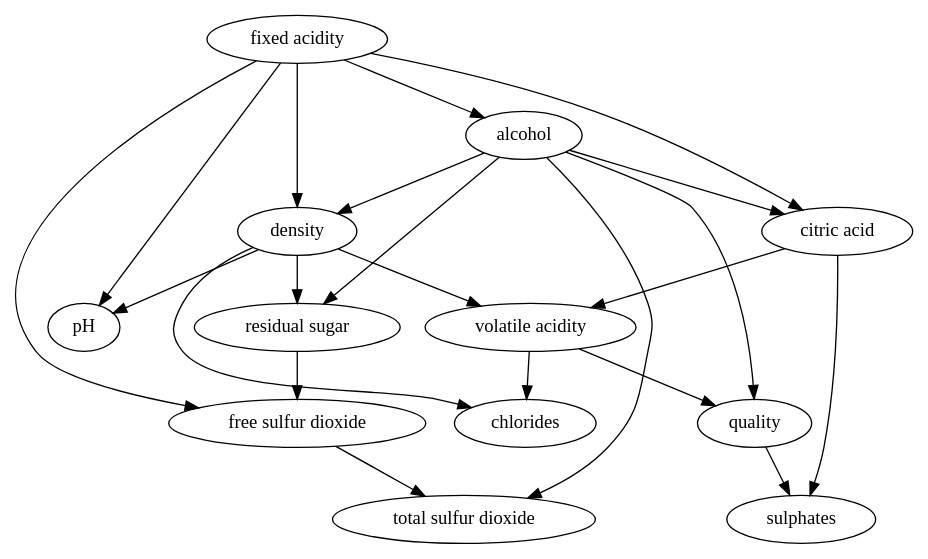
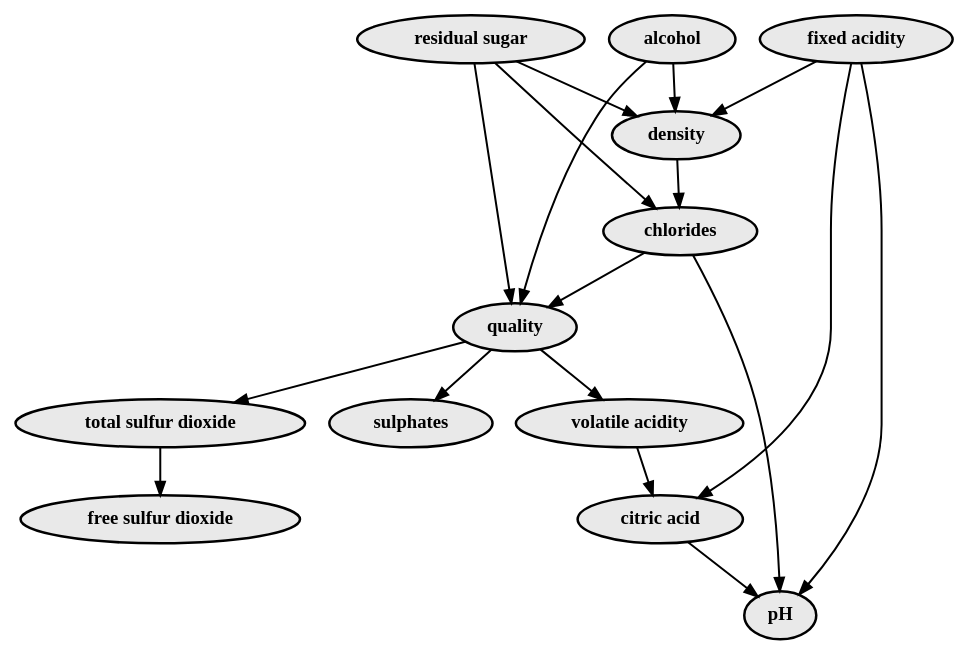
One commit to MLasserre/otagrum-experiments changed the diagram in uci_ml_repository/wine/results/structures/cmiic_dag_3.dot. Above: the diagram before and after it, drawn with Graphviz. The commit also changed 10 other files, not shown here.

```diff
--- a/uci_ml_repository/wine/results/structures/cmiic_dag_3.dot
+++ b/uci_ml_repository/wine/results/structures/cmiic_dag_3.dot
@@ -1,23 +1,21 @@
 digraph {
+    node [style=filled, fillcolor="#E9E9E9", penwidth=1.875, fontsize=14, fontname="times-bold"]
+    edge [penwidth=1.5]
+    "alcohol"->"quality"
+    "alcohol"->"density"
+    "residual sugar"->"quality"
+    "residual sugar"->"density"
+    "residual sugar"->"chlorides"
     "fixed acidity"->"pH"
     "fixed acidity"->"density"
     "fixed acidity"->"citric acid"
-    "fixed acidity"->"free sulfur dioxide"
-    "fixed acidity"->"alcohol"
-    "alcohol"->"quality"
-    "alcohol"->"residual sugar"
-    "alcohol"->"total sulfur dioxide"
-    "alcohol"->"density"
-    "alcohol"->"citric acid"
-    "citric acid"->"volatile acidity"
-    "citric acid"->"sulphates"
-    "density"->"residual sugar"
-    "density"->"pH"
-    "density"->"volatile acidity"
     "density"->"chlorides"
-    "volatile acidity"->"quality"
-    "volatile acidity"->"chlorides"
+    "chlorides"->"quality"
+    "chlorides"->"pH"
+    "quality"->"volatile acidity"
     "quality"->"sulphates"
-    "residual sugar"->"free sulfur dioxide"
-    "free sulfur dioxide"->"total sulfur dioxide"
+    "quality"->"total sulfur dioxide"
+    "total sulfur dioxide"->"free sulfur dioxide"
+    "volatile acidity"->"citric acid"
+    "citric acid"->"pH"
 }
```
